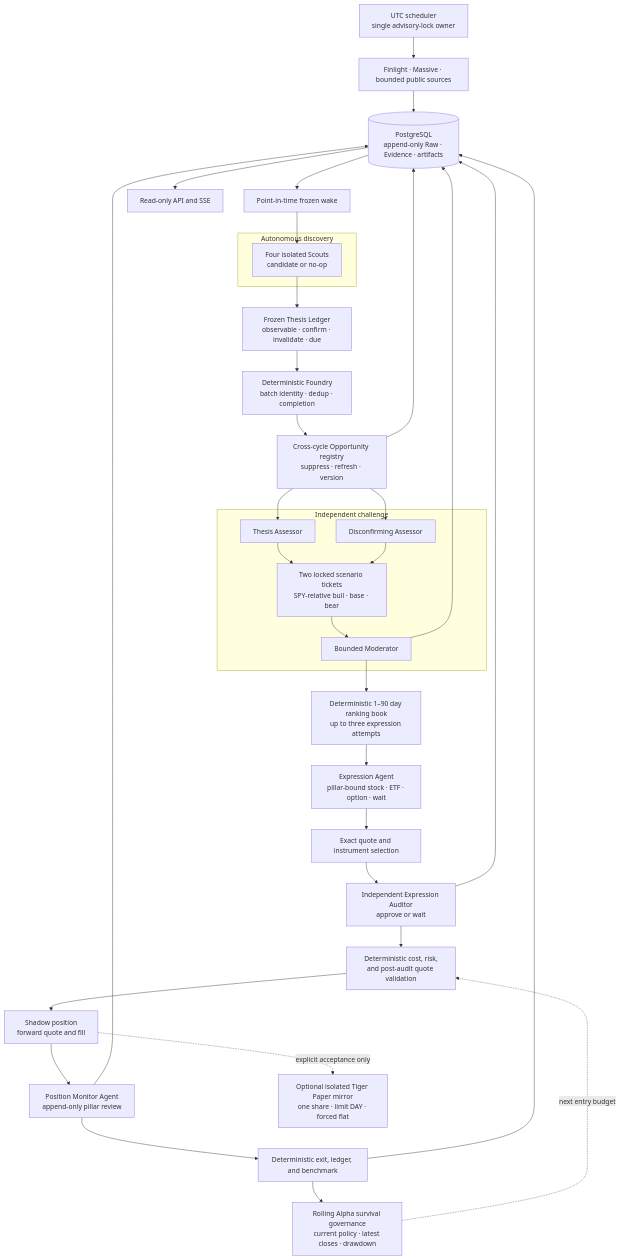
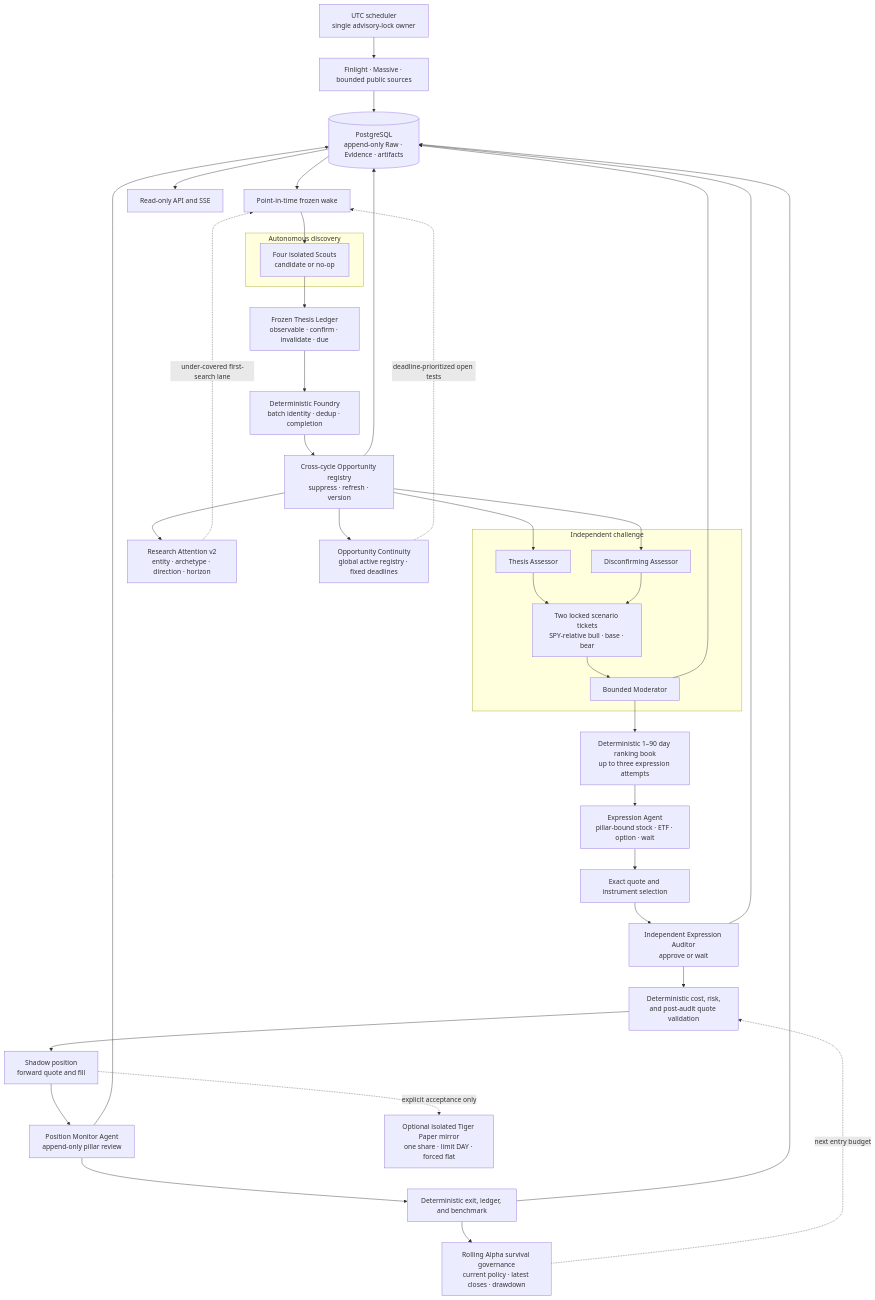
One commit to kyky2347/ALTA changed the diagram in docs/architecture/opportunity-os.md. Above: the diagram before and after it, drawn with Mermaid. The commit also changed other lines of this file and 99 other files, not shown here.

First line of the commit message:
feat: harden research continuity and operator control

````diff
--- a/docs/architecture/opportunity-os.md
+++ b/docs/architecture/opportunity-os.md
@@ -32,52 +32,56 @@
 ```mermaid
 flowchart TB
   scheduler["UTC scheduler<br/>single advisory-lock owner"]
   sources["Finlight · Massive · bounded public sources"]
   evidence[("PostgreSQL<br/>append-only Raw · Evidence · artifacts")]
   wake["Point-in-time frozen wake"]
+  attention["Research Attention v2<br/>entity · archetype · direction · horizon"]
+  continuity["Opportunity Continuity<br/>global active registry · fixed deadlines"]
 
   subgraph discovery["Autonomous discovery"]
     scouts["Four isolated Scouts<br/>candidate or no-op"]
   end
 
   ledger["Frozen Thesis Ledger<br/>observable · confirm · invalidate · due"]
   foundry["Deterministic Foundry<br/>batch identity · dedup · completion"]
   registry["Cross-cycle Opportunity registry<br/>suppress · refresh · version"]
 
   subgraph challenge["Independent challenge"]
     thesis["Thesis Assessor"]
     disconfirm["Disconfirming Assessor"]
     odds["Two locked scenario tickets<br/>SPY-relative bull · base · bear"]
     moderator["Bounded Moderator"]
   end
 
   rank["Deterministic 1–90 day ranking book<br/>up to three expression attempts"]
   expression["Expression Agent<br/>pillar-bound stock · ETF · option · wait"]
   market["Exact quote and instrument selection"]
   auditor["Independent Expression Auditor<br/>approve or wait"]
   validation["Deterministic cost, risk,<br/>and post-audit quote validation"]
   shadow["Shadow position<br/>forward quote and fill"]
   monitor["Position Monitor Agent<br/>append-only pillar review"]
   measure["Deterministic exit, ledger, and benchmark"]
   governance["Rolling Alpha survival governance<br/>current policy · latest closes · drawdown"]
   paper["Optional isolated Tiger Paper mirror<br/>one share · limit DAY · forced flat"]
   api["Read-only API and SSE"]
 
   scheduler --> sources --> evidence --> wake --> scouts --> ledger --> foundry --> registry
+  registry --> attention -. under-covered first-search lane .-> wake
+  registry --> continuity -. deadline-prioritized open tests .-> wake
   registry --> thesis
   registry --> disconfirm
   thesis --> odds
   disconfirm --> odds
   odds --> moderator
   moderator --> rank --> expression --> market --> auditor --> validation
   validation --> shadow --> monitor --> measure
   measure --> governance
   governance -. next entry budget .-> validation
   shadow -. explicit acceptance only .-> paper
   registry --> evidence
   moderator --> evidence
   auditor --> evidence
   monitor --> evidence
   measure --> evidence
   evidence --> api
 ```
````
